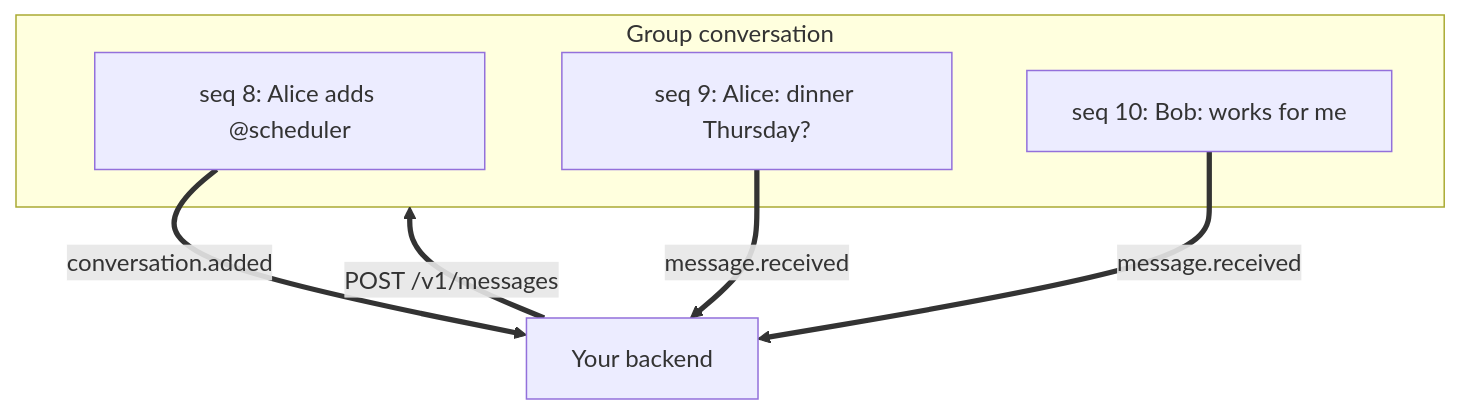
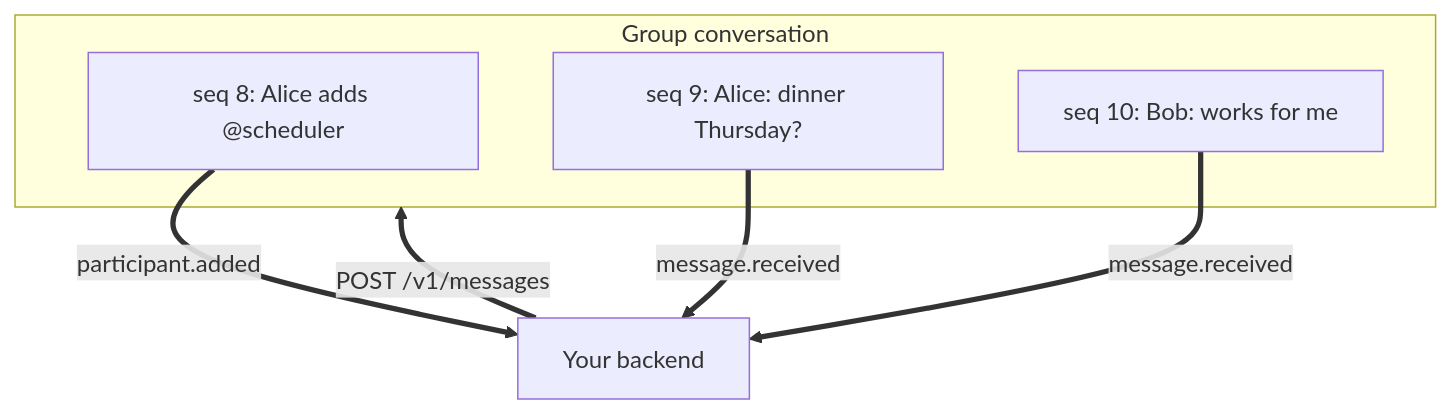
Before and after one commit to RelayMessenger/Relay-Docs: the diagram in guides/group-conversations.mdx, drawn with Mermaid. The commit also changed other lines of this file and 32 other files, not shown here.

````diff
--- a/guides/group-conversations.mdx
+++ b/guides/group-conversations.mdx
@@ -16,12 +16,12 @@
 ```mermaid
 flowchart TB
   subgraph G["Group conversation"]
     M1["seq 8: Alice adds @scheduler"]
     M2["seq 9: Alice: dinner Thursday?"]
     M3["seq 10: Bob: works for me"]
   end
-  M1 ==>|"conversation.added"| X["Your backend"]
+  M1 ==>|"participant.added"| X["Your backend"]
   M2 ==>|"message.received"| X
   M3 ==>|"message.received"| X
   X ==>|"POST /v1/messages"| G
 ```
````
